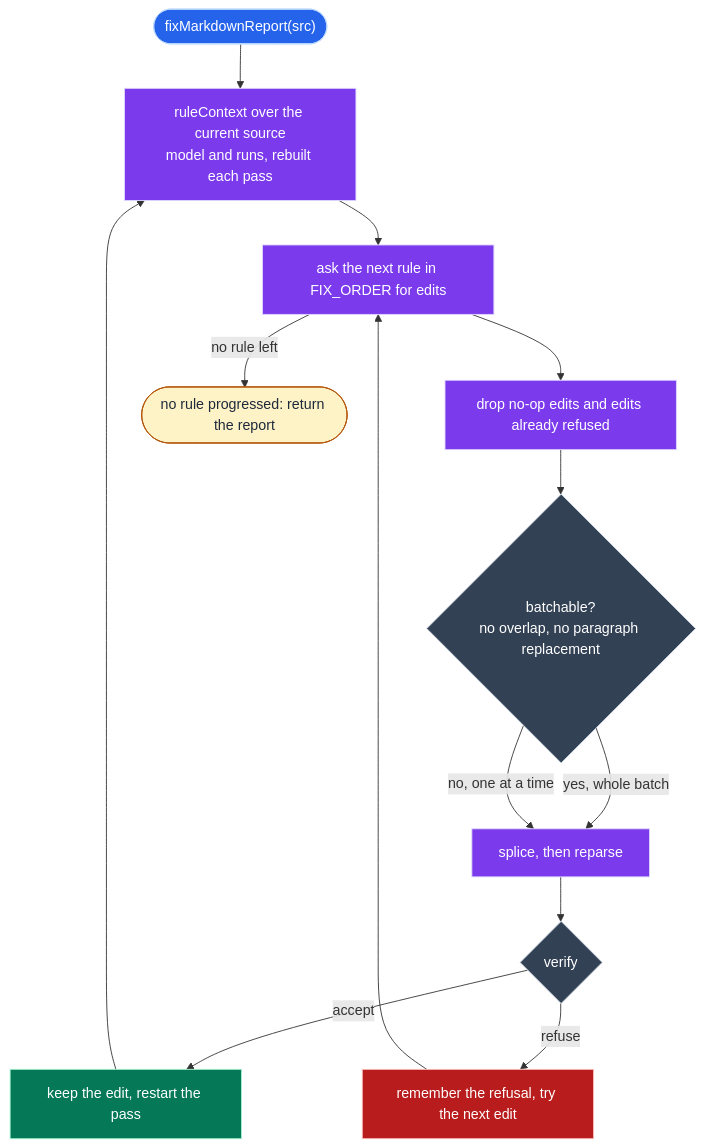
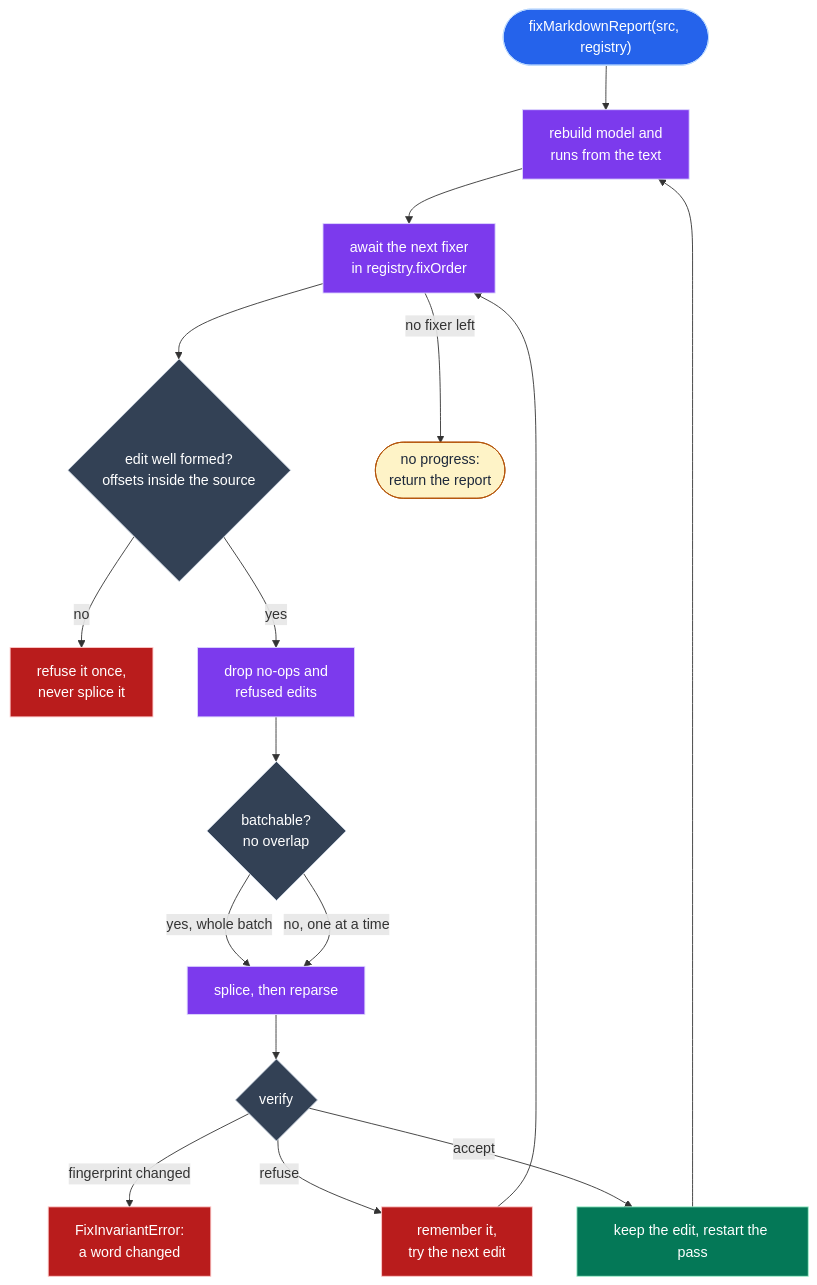
One commit to jpeakai/jpai-prose-gates changed diagram 11 of 19 in docs/DATA_MODEL.md. Above: the diagram before and after it, drawn with Mermaid. The commit also changed other lines of this file, not shown here.

First line of the commit message:
docs: recalibrate the DATA_MODEL diagrams for portable rendering, dual density

````diff
--- a/docs/DATA_MODEL.md
+++ b/docs/DATA_MODEL.md
@@ -293,28 +369,34 @@
 ```mermaid
 flowchart TB
-    START(["fixMarkdownReport(src)"]):::source
-    BUILD["ruleContext over the current source<br/>model and runs, rebuilt each pass"]:::build
-    ASK["ask the next rule in FIX_ORDER for edits"]:::build
-    FILTER["drop no-op edits and edits already refused"]:::build
-    BATCH{"batchable?<br/>no overlap, no paragraph replacement"}:::decide
+    START(["fixMarkdownReport(src, registry)"]):::source
+    BUILD["rebuild model and<br/>runs from the text"]:::build
+    ASK["await the next fixer<br/>in registry.fixOrder"]:::build
+    SOUND{"edit well formed?<br/>offsets inside the source"}:::decide
+    REJECT["refuse it once,<br/>never splice it"]:::bad
+    FILTER["drop no-ops and<br/>refused edits"]:::build
+    BATCH{"batchable?<br/>no overlap"}:::decide
     SPLICE["splice, then reparse"]:::build
     VERIFY{"verify"}:::decide
     ACCEPT["keep the edit, restart the pass"]:::ok
-    REFUSE["remember the refusal, try the next edit"]:::bad
-    DONE(["no rule progressed: return the report"]):::out
+    REFUSE["remember it,<br/>try the next edit"]:::bad
+    THROW["FixInvariantError:<br/>a word changed"]:::bad
+    DONE(["no progress:<br/>return the report"]):::out
 
-    START --> BUILD --> ASK --> FILTER --> BATCH
+    START --> BUILD --> ASK --> SOUND
+    SOUND -- "no" --> REJECT
+    SOUND -- "yes" --> FILTER --> BATCH
     BATCH -- "yes, whole batch" --> SPLICE
     BATCH -- "no, one at a time" --> SPLICE
     SPLICE --> VERIFY
     VERIFY -- "accept" --> ACCEPT --> BUILD
     VERIFY -- "refuse" --> REFUSE --> ASK
-    ASK -- "no rule left" --> DONE
+    VERIFY -- "fingerprint changed" --> THROW
+    ASK -- "no fixer left" --> DONE
 
     classDef source fill:#2563eb,stroke:#bfdbfe,color:#ffffff
     classDef build  fill:#7c3aed,stroke:#ddd6fe,color:#ffffff
     classDef decide fill:#334155,stroke:#cbd5e1,color:#ffffff
     classDef ok     fill:#047857,stroke:#a7f3d0,color:#ffffff
     classDef bad    fill:#b91c1c,stroke:#fecaca,color:#ffffff
     classDef out    fill:#fef3c7,stroke:#b45309,color:#1e293b
 ```
````
